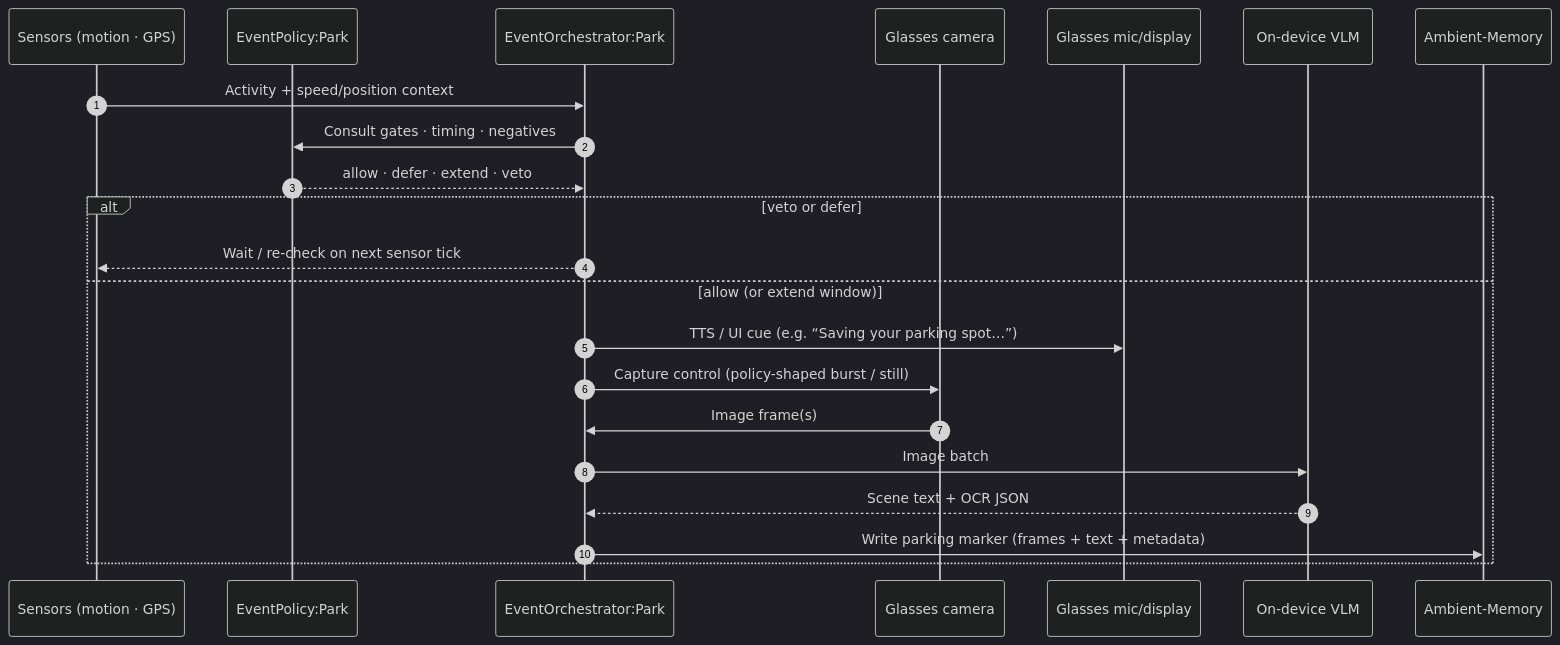
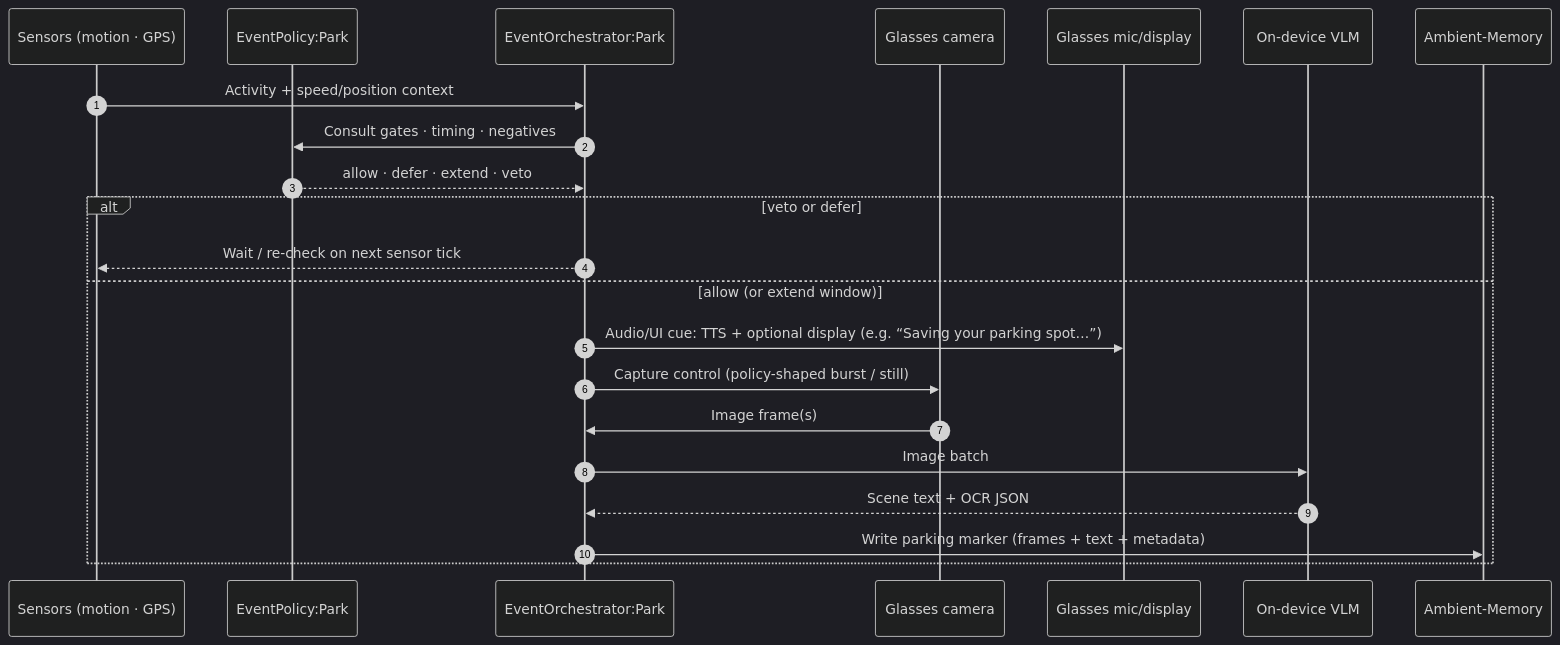
Before and after one commit to penkesiva/wer-26: the first of 3 diagrams in tmp/idea2.md, drawn with Mermaid (dark theme). The commit also changed other lines of this file and 2 other files, not shown here.

First line of the commit message:
docs(idea2): clarify audio/UI cues vs text retrieval cues

````diff
--- a/tmp/idea2.md
+++ b/tmp/idea2.md
@@ -28,26 +37,26 @@
 ```mermaid
 sequenceDiagram
     autonumber
     participant S as Sensors (motion · GPS)
     participant P as EventPolicy:Park
     participant O as EventOrchestrator:Park
     participant C as Glasses camera
     participant M as Glasses mic/display
     participant V as On-device VLM
     participant A as Ambient-Memory
 
     S->>O: Activity + speed/position context
     O->>P: Consult gates · timing · negatives
     P-->>O: allow · defer · extend · veto
 
     alt veto or defer
         O-->>S: Wait / re-check on next sensor tick
     else allow (or extend window)
-        O->>M: TTS / UI cue (e.g. “Saving your parking spot…”)
+        O->>M: Audio/UI cue: TTS + optional display (e.g. “Saving your parking spot…”)
         O->>C: Capture control (policy-shaped burst / still)
         C->>O: Image frame(s)
         O->>V: Image batch
         V-->>O: Scene text + OCR JSON
         O->>A: Write parking marker (frames + text + metadata)
     end
 ```
````
